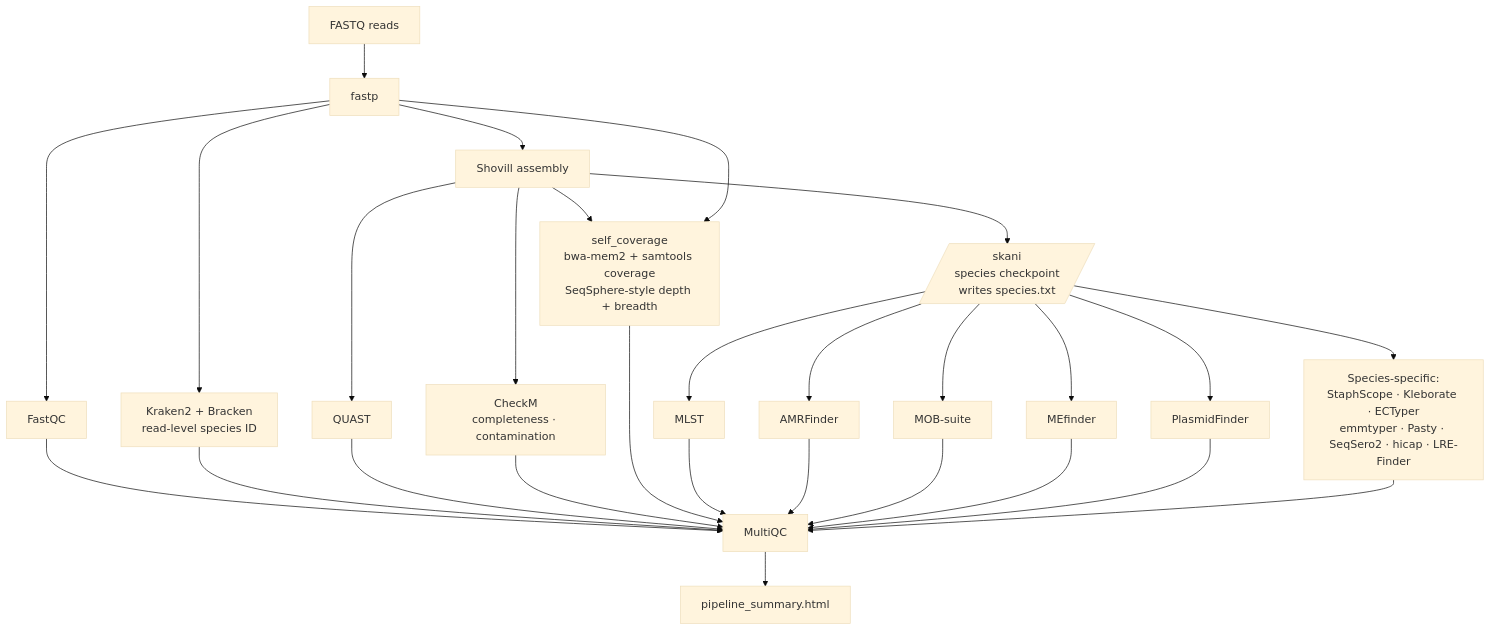
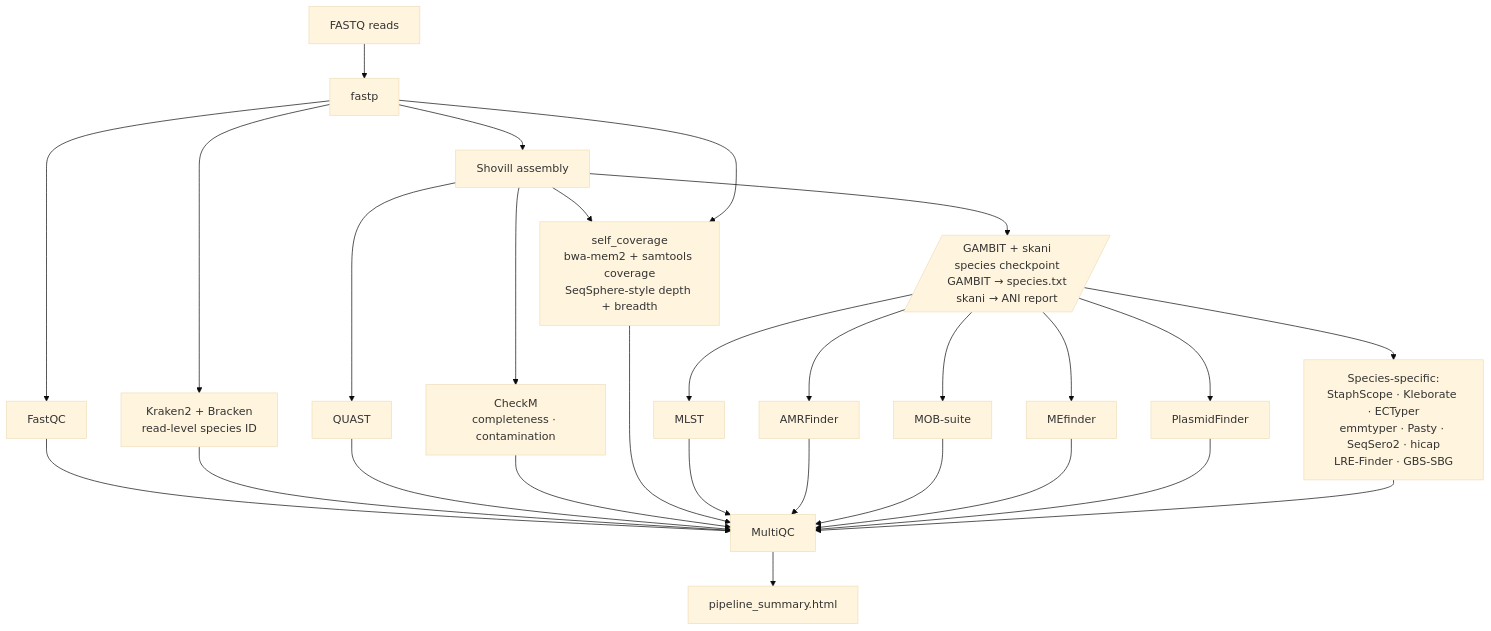
One commit to OddAlexander/Genomics-Workflow changed the first of 4 diagrams in README.md. Above: the diagram before and after it, drawn with Mermaid (base theme). The commit also changed other lines of this file, not shown here.

````diff
--- a/README.md
+++ b/README.md
@@ -332,20 +342,20 @@
 ```mermaid
 flowchart TD
     raw[FASTQ reads] --> fastp
     fastp --> fastqc[FastQC]
     fastp --> kraken[Kraken2 + Bracken<br/>read-level species ID]
     fastp --> shovill[Shovill assembly]
     shovill --> quast[QUAST]
     shovill --> checkm[CheckM<br/>completeness · contamination]
     shovill --> selfcov[self_coverage<br/>bwa-mem2 + samtools coverage<br/>SeqSphere-style depth + breadth]
     fastp --> selfcov
-    shovill --> skani[/skani<br/>species checkpoint<br/>writes species.txt/]
-    skani --> mlst[MLST]
-    skani --> amr[AMRFinder]
-    skani --> mob[MOB-suite]
-    skani --> me[MEfinder]
-    skani --> plf[PlasmidFinder]
-    skani --> sp[Species-specific:<br/>StaphScope · Kleborate · ECTyper<br/>emmtyper · Pasty · SeqSero2 · hicap · LRE-Finder]
+    shovill --> id[/GAMBIT + skani<br/>species checkpoint<br/>GAMBIT → species.txt<br/>skani → ANI report/]
+    id --> mlst[MLST]
+    id --> amr[AMRFinder]
+    id --> mob[MOB-suite]
+    id --> me[MEfinder]
+    id --> plf[PlasmidFinder]
+    id --> sp[Species-specific:<br/>StaphScope · Kleborate · ECTyper<br/>emmtyper · Pasty · SeqSero2 · hicap<br/>LRE-Finder · GBS-SBG]
     fastqc & kraken & quast & checkm & selfcov & mlst & amr & mob & me & plf & sp --> multiqc[MultiQC]
     multiqc --> report[pipeline_summary.html]
 ```
````
